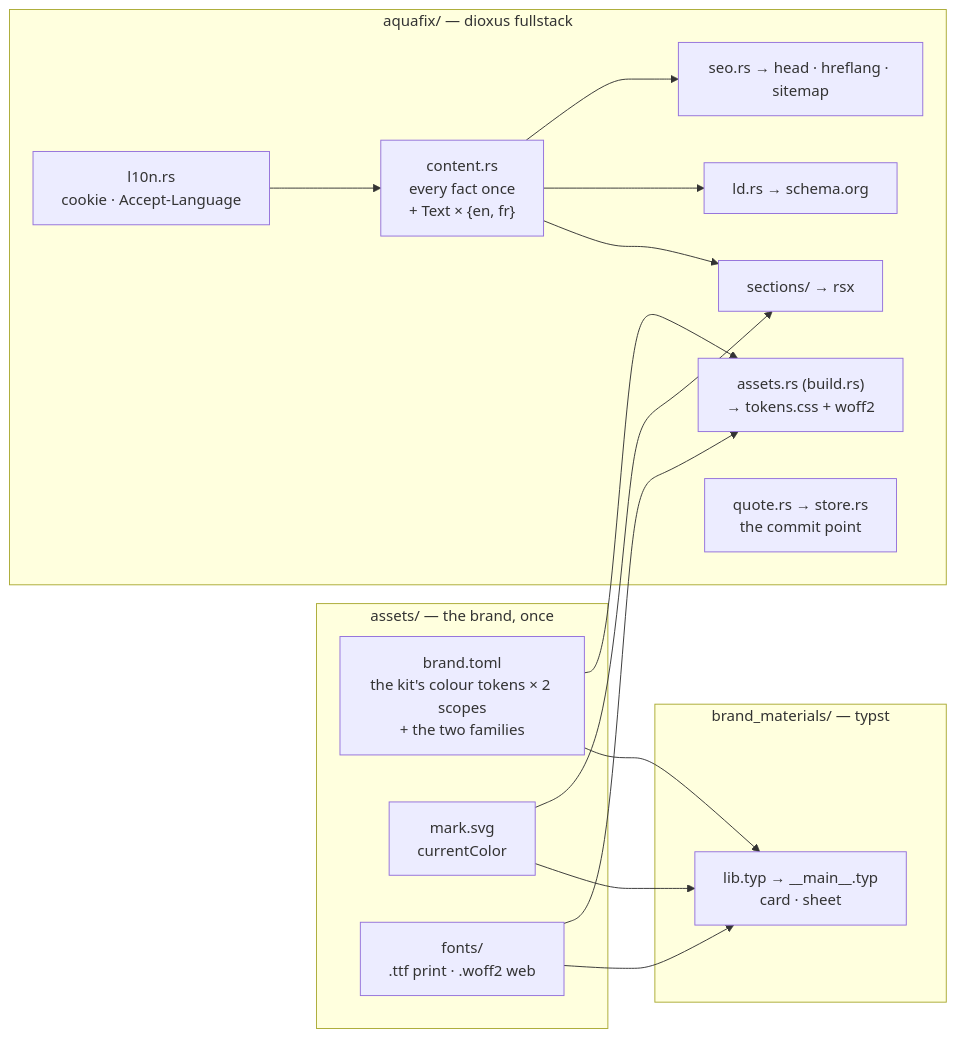
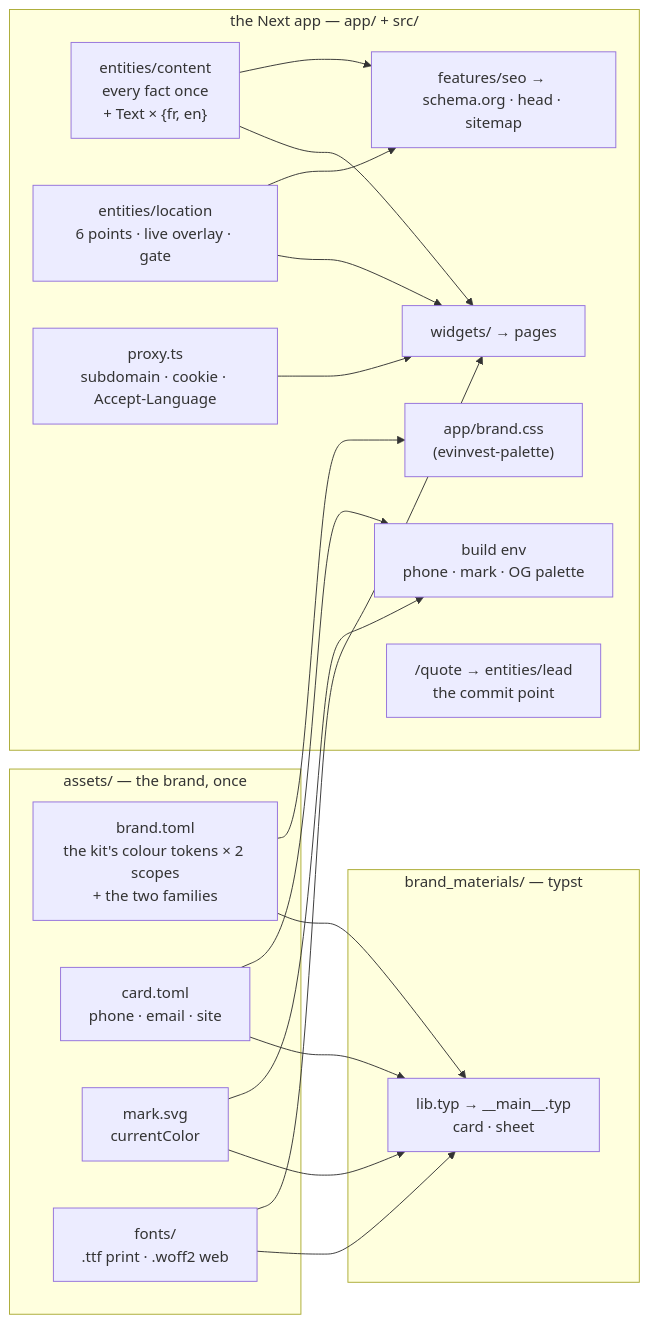
The diagram in docs/ARCHITECTURE.md (Service-Arb/aquafix), drawn with Mermaid before and after one commit. The commit also changed other lines of this file, not shown here.

Commit message:
docs(architecture): describe the Next app, keeping the argument

````diff
--- a/docs/ARCHITECTURE.md
+++ b/docs/ARCHITECTURE.md
@@ -8,26 +8,32 @@
 ```mermaid
 flowchart LR
     subgraph shared["assets/ — the brand, once"]
       B["brand.toml<br/>the kit's colour tokens × 2 scopes<br/>+ the two families"]
+      C["card.toml<br/>phone · email · site"]
       M["mark.svg<br/>currentColor"]
       F["fonts/<br/>.ttf print · .woff2 web"]
     end
     subgraph card["brand_materials/ — typst"]
-      C["lib.typ → __main__.typ<br/>card · sheet"]
+      T["lib.typ → __main__.typ<br/>card · sheet"]
     end
-    subgraph site["aquafix/ — dioxus fullstack"]
-      T["assets.rs (build.rs)<br/>→ tokens.css + woff2"]
-      K["content.rs<br/>every fact once<br/>+ Text × {en, fr}"]
-      K --> R["sections/ → rsx"]
-      K --> L["ld.rs → schema.org"]
-      K --> S["seo.rs → head · hreflang · sitemap"]
-      N["l10n.rs<br/>cookie · Accept-Language"] --> K
-      Q["quote.rs → store.rs<br/>the commit point"]
+    subgraph site["the Next app — app/ + src/"]
+      P["app/brand.css<br/>(evinvest-palette)"]
+      E["build env<br/>phone · mark · OG palette"]
+      K["entities/content<br/>every fact once<br/>+ Text × {fr, en}"]
+      L["entities/location<br/>6 points · live overlay · gate"]
+      K --> W["widgets/ → pages"]
+      L --> W
+      K --> D["features/seo → schema.org · head · sitemap"]
+      L --> D
+      R["proxy.ts<br/>subdomain · cookie · Accept-Language"] --> W
+      Q["/quote → entities/lead<br/>the commit point"]
     end
-    B --> C
-    M --> C
-    F --> C
     B --> T
-    M --> R
+    C --> T
+    M --> T
     F --> T
+    B --> P
+    C --> E
+    M --> E
+    F --> W
 ```
````
